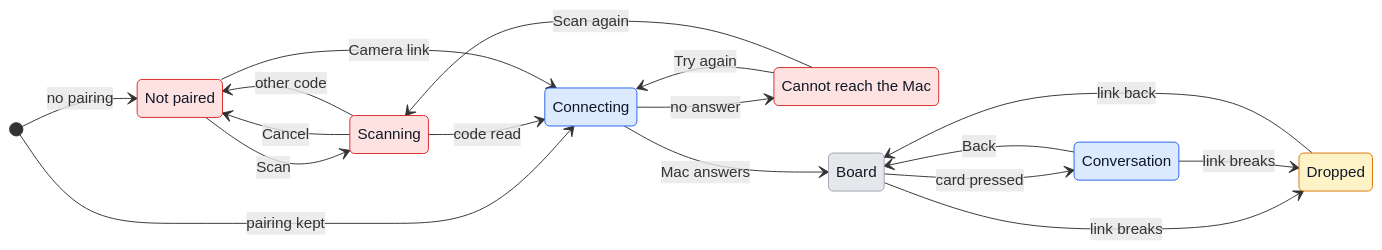
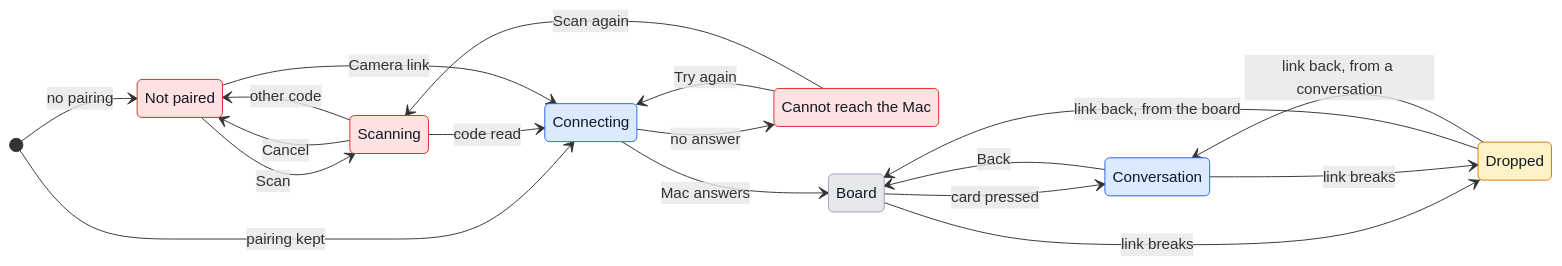
One commit to anetrebskii/geckit changed the second of 2 diagrams in docs/ux/phone.md. Above: the diagram before and after it, drawn with Mermaid. The commit also changed other lines of this file and 5 other files, not shown here.

````diff
--- a/docs/ux/phone.md
+++ b/docs/ux/phone.md
@@ -66,41 +66,42 @@
 ```mermaid
 stateDiagram-v2
   direction LR
   classDef quiet fill:#e5e7eb,stroke:#9ca3af,color:#111827
   classDef going fill:#dbeafe,stroke:#2563eb,color:#111827
   classDef wait fill:#fef3c7,stroke:#d97706,color:#111827
   classDef hands fill:#fee2e2,stroke:#dc2626,color:#111827
 
   state "Not paired" as unpaired
   state "Scanning" as scanning
   state "Connecting" as connecting
   state "Cannot reach the Mac" as unreachable
   state "Board" as board
   state "Conversation" as convo
   state "Dropped" as dropped
 
   [*] --> unpaired: no pairing
   [*] --> connecting: pairing kept
   unpaired --> scanning: Scan
   scanning --> unpaired: Cancel
   scanning --> unpaired: other code
   scanning --> connecting: code read
   unpaired --> connecting: Camera link
   connecting --> board: Mac answers
   connecting --> unreachable: no answer
   unreachable --> connecting: Try again
   unreachable --> scanning: Scan again
   board --> convo: card pressed
   convo --> board: Back
   board --> dropped: link breaks
   convo --> dropped: link breaks
-  dropped --> board: link back
+  dropped --> board: link back, from the board
+  dropped --> convo: link back, from a conversation
 
   class unpaired hands
   class scanning hands
   class connecting going
   class unreachable hands
   class board quiet
   class convo going
   class dropped wait
 ```
````
